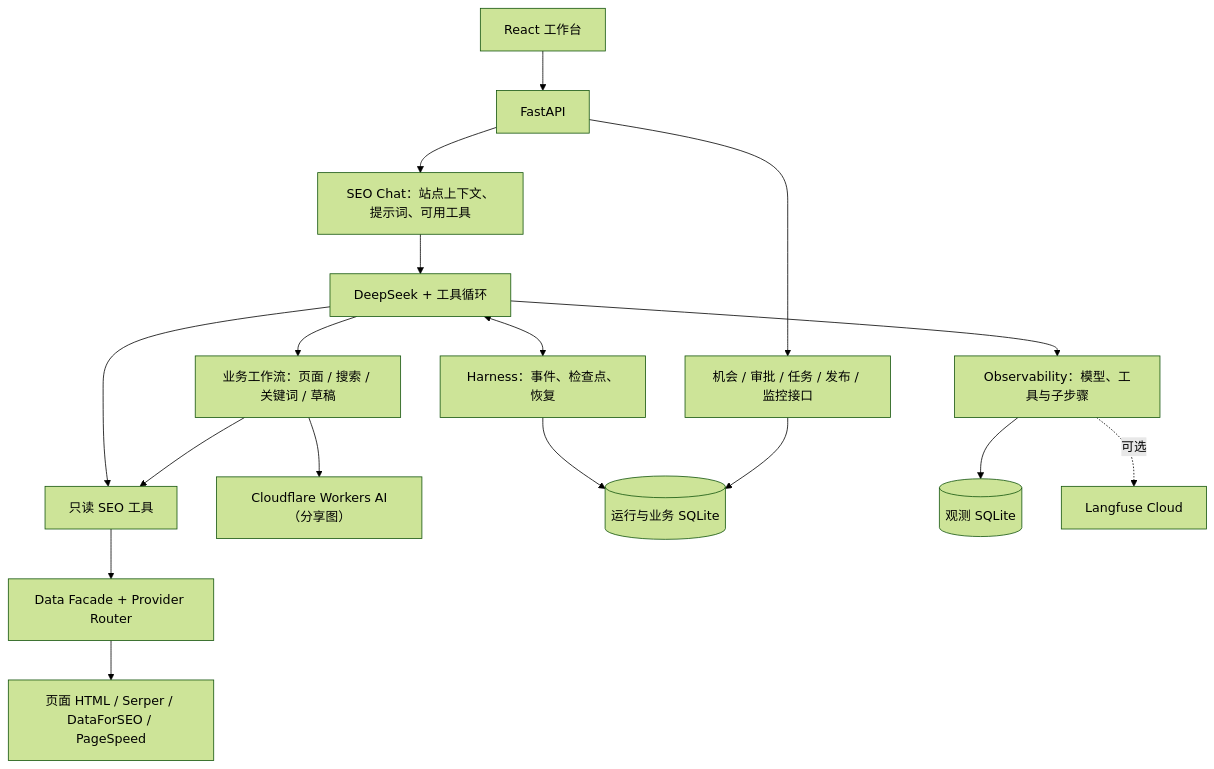
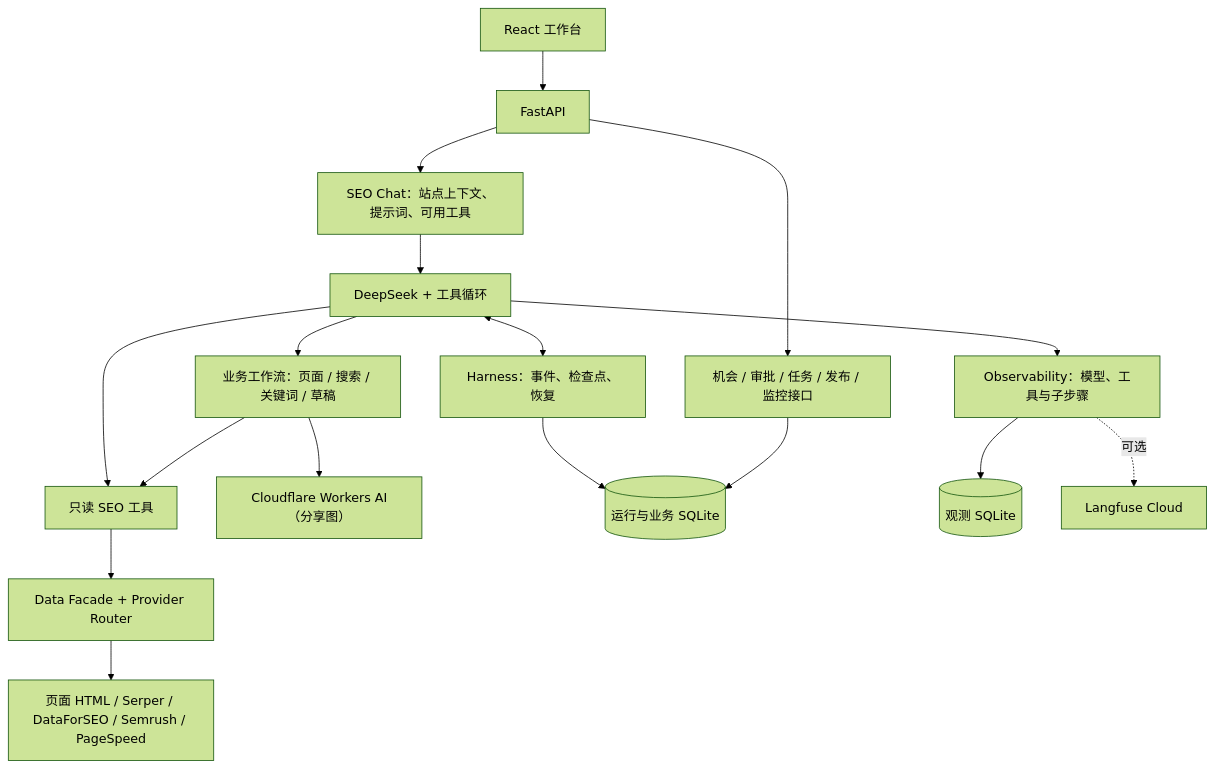
The second of 2 diagrams in README.md (cheng-sir-0038/seo-diagnosis-agent), drawn with Mermaid (forest theme) before and after one commit. The commit also changed other lines of this file and 9 other files, not shown here.

````diff
--- a/README.md
+++ b/README.md
@@ -27,19 +27,19 @@
 ```mermaid
 flowchart TB
     UI["React 工作台"] --> API["FastAPI"]
     API --> CHAT["SEO Chat：站点上下文、提示词、可用工具"]
     CHAT --> LOOP["DeepSeek + 工具循环"]
     LOOP --> WF["业务工作流：页面 / 搜索 / 关键词 / 草稿"]
     LOOP --> TOOL["只读 SEO 工具"]
     WF --> TOOL
     WF --> CF["Cloudflare Workers AI（分享图）"]
     TOOL --> DATA["Data Facade + Provider Router"]
-    DATA --> EXT["页面 HTML / Serper / DataForSEO / PageSpeed"]
+    DATA --> EXT["页面 HTML / Serper / DataForSEO / Semrush / PageSpeed"]
     LOOP <--> HARNESS["Harness：事件、检查点、恢复"]
     HARNESS --> RUNDB[("运行与业务 SQLite")]
     LOOP --> OBS["Observability：模型、工具与子步骤"]
     OBS --> OBSDB[("观测 SQLite")]
     OBS -.->|可选| LF["Langfuse Cloud"]
     API --> BIZ["机会 / 审批 / 任务 / 发布 / 监控接口"]
     BIZ --> RUNDB
 ```
````
